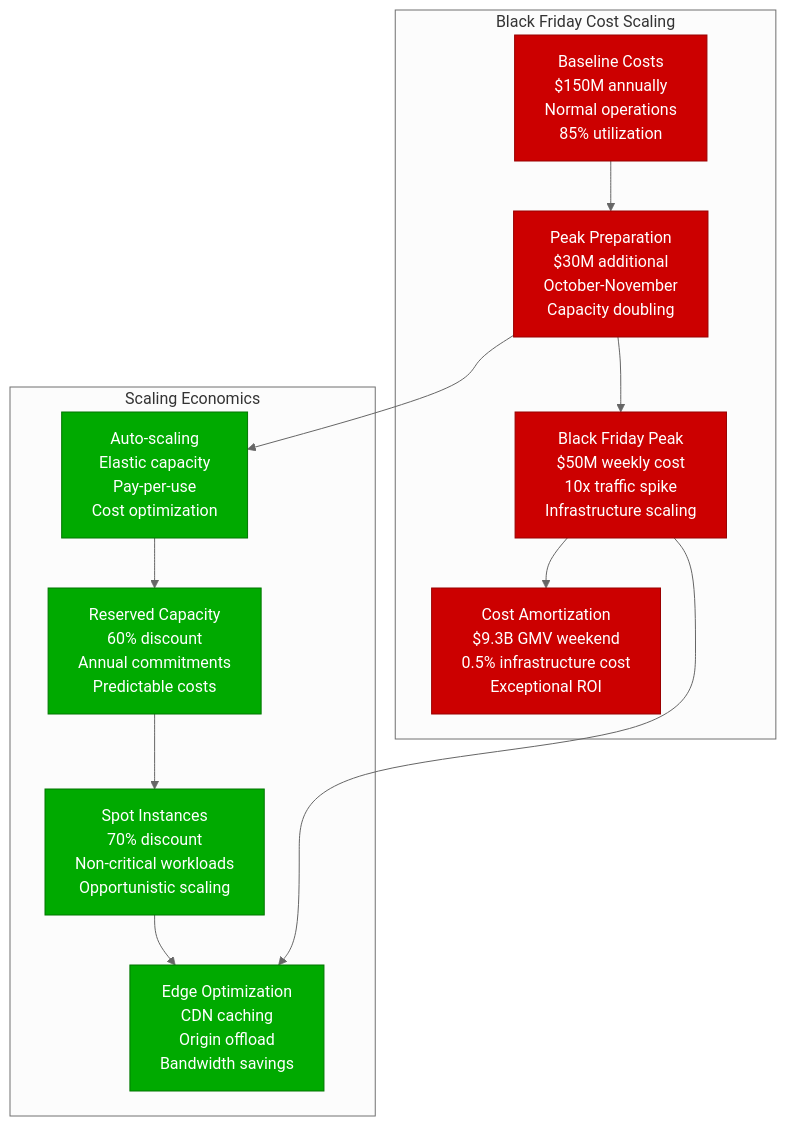
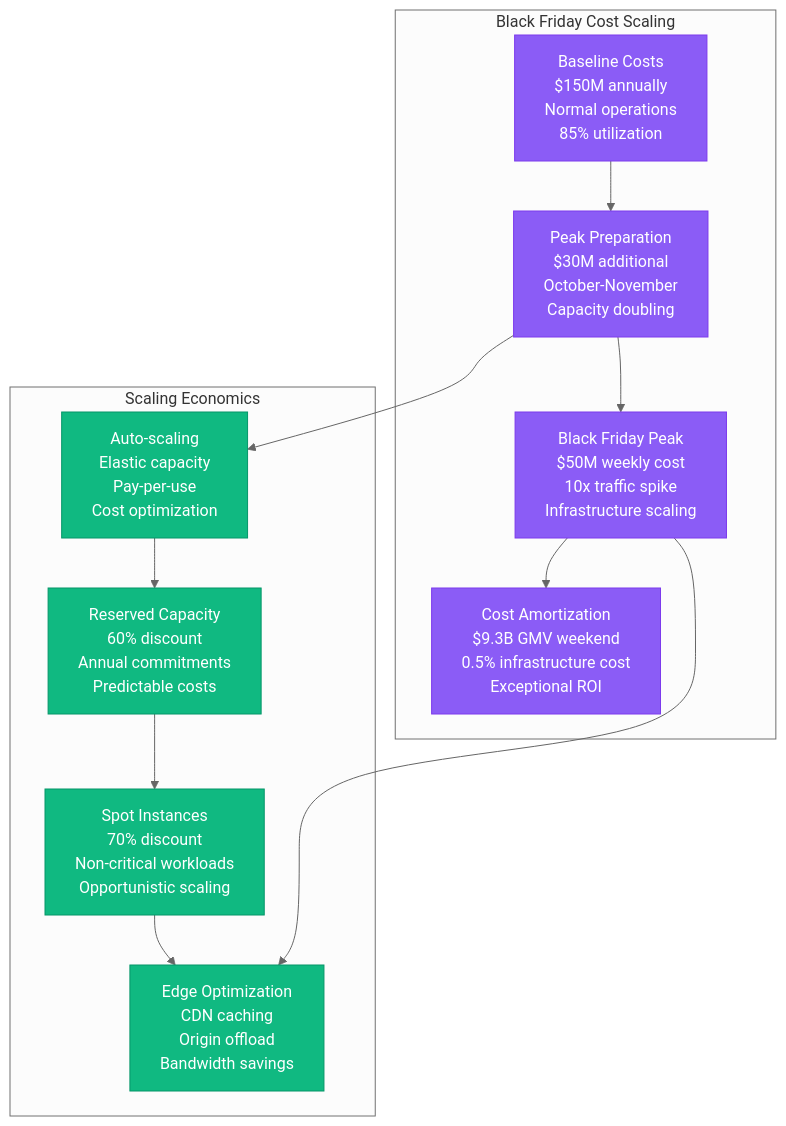
One commit to deepaucksharma/DS changed the fifth of 9 diagrams in site/docs/systems/shopify/cost-breakdown.md. Above: the diagram before and after it, drawn with Mermaid (neutral theme). The commit also changed other lines of this file and 303 other files, not shown here.

````diff
--- a/site/docs/systems/shopify/cost-breakdown.md
+++ b/site/docs/systems/shopify/cost-breakdown.md
@@ -244,43 +244,43 @@
 ```mermaid
 graph TB
     subgraph "Black Friday Cost Scaling"
         BASELINE_COSTS[Baseline Costs<br/>$150M annually<br/>Normal operations<br/>85% utilization]
 
         PEAK_PREPARATION[Peak Preparation<br/>$30M additional<br/>October-November<br/>Capacity doubling]
 
         BLACK_FRIDAY_PEAK[Black Friday Peak<br/>$50M weekly cost<br/>10x traffic spike<br/>Infrastructure scaling]
 
         COST_AMORTIZATION[Cost Amortization<br/>$9.3B GMV weekend<br/>0.5% infrastructure cost<br/>Exceptional ROI]
     end
 
     subgraph "Scaling Economics"
         AUTO_SCALING[Auto-scaling<br/>Elastic capacity<br/>Pay-per-use<br/>Cost optimization]
 
         RESERVED_CAPACITY[Reserved Capacity<br/>60% discount<br/>Annual commitments<br/>Predictable costs]
 
         SPOT_INSTANCES[Spot Instances<br/>70% discount<br/>Non-critical workloads<br/>Opportunistic scaling]
 
         EDGE_OPTIMIZATION[Edge Optimization<br/>CDN caching<br/>Origin offload<br/>Bandwidth savings]
     end
 
     %% Black Friday cost flow
     BASELINE_COSTS --> PEAK_PREPARATION
     PEAK_PREPARATION --> BLACK_FRIDAY_PEAK
     BLACK_FRIDAY_PEAK --> COST_AMORTIZATION
 
     %% Optimization strategies
     AUTO_SCALING --> RESERVED_CAPACITY
     RESERVED_CAPACITY --> SPOT_INSTANCES
     SPOT_INSTANCES --> EDGE_OPTIMIZATION
 
     %% Connect scaling to costs
     PEAK_PREPARATION --> AUTO_SCALING
     BLACK_FRIDAY_PEAK --> EDGE_OPTIMIZATION
 
     %% Apply Black Friday colors
-    classDef bfCostStyle fill:#CC0000,stroke:#990000,color:#fff
-    classDef optimizationStyle fill:#00AA00,stroke:#007700,color:#fff
+    classDef bfCostStyle fill:#8B5CF6,stroke:#7C3AED,color:#fff
+    classDef optimizationStyle fill:#10B981,stroke:#059669,color:#fff
 
     class BASELINE_COSTS,PEAK_PREPARATION,BLACK_FRIDAY_PEAK,COST_AMORTIZATION bfCostStyle
     class AUTO_SCALING,RESERVED_CAPACITY,SPOT_INSTANCES,EDGE_OPTIMIZATION optimizationStyle
 ```
````
